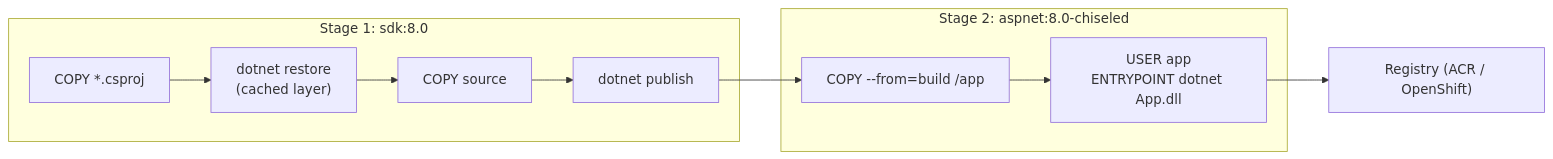
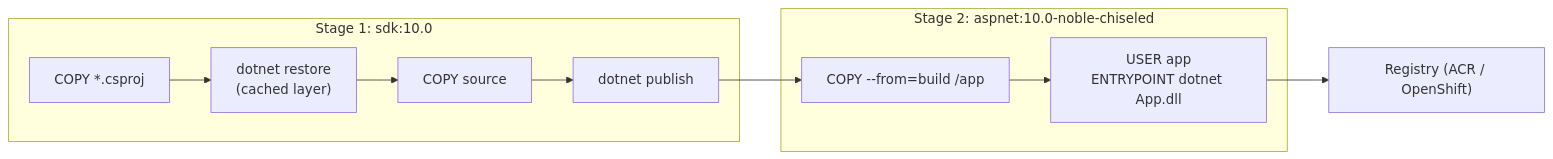
Before and after one commit to babuk123/dotnet-azure-genai-playbook: the second of 5 diagrams in 11-containers-openshift/README.md, drawn with Mermaid. The commit also changed other lines of this file and 24 other files, not shown here.

````diff
--- a/11-containers-openshift/README.md
+++ b/11-containers-openshift/README.md
@@ -45,11 +45,11 @@
 ```mermaid
 flowchart LR
-    subgraph Build["Stage 1: sdk:8.0"]
+    subgraph Build["Stage 1: sdk:10.0"]
       A["COPY *.csproj"] --> B["dotnet restore<br/>(cached layer)"] --> C["COPY source"] --> D["dotnet publish"]
     end
-    subgraph Final["Stage 2: aspnet:8.0-chiseled"]
+    subgraph Final["Stage 2: aspnet:10.0-noble-chiseled"]
       E["COPY --from=build /app"] --> F["USER app<br/>ENTRYPOINT dotnet App.dll"]
     end
     D --> E
     F --> R["Registry (ACR / OpenShift)"]
 ```
````
